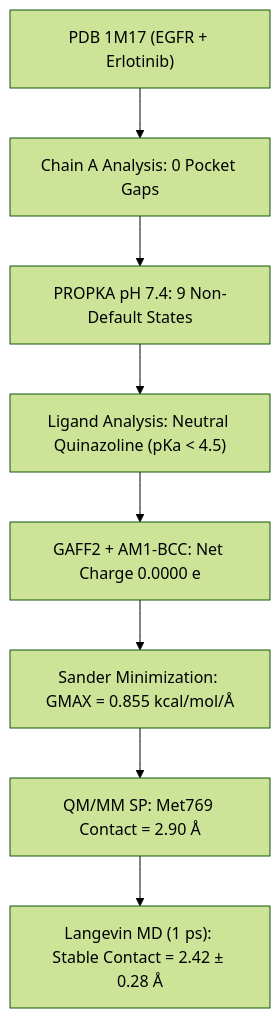
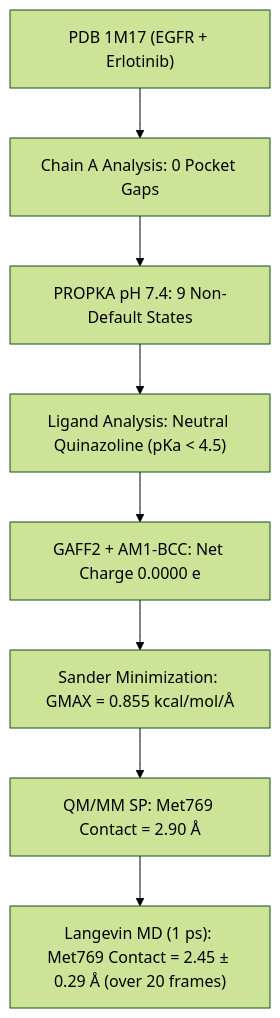
The first of 2 diagrams in docs/BENCHMARK_SCIENTIFIC_EVALUATION.md (KhangLuong314/ActiveSite-QM-MM), drawn with Mermaid (forest theme) before and after one commit. The commit also changed other lines of this file and 14 other files, not shown here.

````diff
--- a/docs/BENCHMARK_SCIENTIFIC_EVALUATION.md
+++ b/docs/BENCHMARK_SCIENTIFIC_EVALUATION.md
@@ -101,10 +117,10 @@
 ```mermaid
 flowchart TD
   A["PDB 1M17 (EGFR + Erlotinib)"] --> B["Chain A Analysis: 0 Pocket Gaps"]
   B --> C["PROPKA pH 7.4: 9 Non-Default States"]
   C --> D["Ligand Analysis: Neutral Quinazoline (pKa < 4.5)"]
   D --> E["GAFF2 + AM1-BCC: Net Charge 0.0000 e"]
   E --> F["Sander Minimization: GMAX = 0.855 kcal/mol/Å"]
   F --> G["QM/MM SP: Met769 Contact = 2.90 Å"]
-  G --> H["Langevin MD (1 ps): Stable Contact = 2.42 ± 0.28 Å"]
+  G --> H["Langevin MD (1 ps): Met769 Contact = 2.45 ± 0.29 Å (over 20 frames)"]
 ```
````
